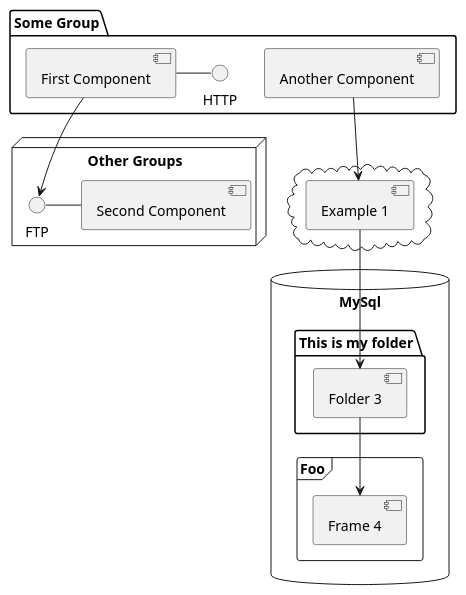
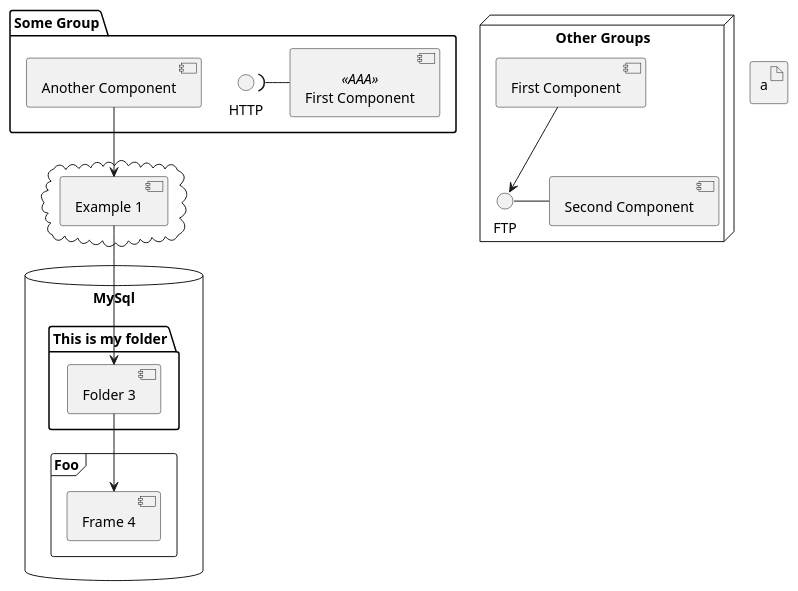
Before and after one commit to ForNeus57/Vimi: the diagram in documentation/diagrams/system.puml, drawn with PlantUML. The commit also changed 9 other files, not shown here.

Commit message:
Added UML 2.0. diagrams

```diff
--- a/documentation/diagrams/system.puml
+++ b/documentation/diagrams/system.puml
@@ -1,34 +1,37 @@
 @startuml
-'https://plantuml.com/component-diagram
 
+artifact a {
+
+}
 
 package "Some Group" {
-  HTTP - [First Component]
+  component "First Component" <<AAA>> as first
+  HTTP )- first
   [Another Component]
 }
 
 node "Other Groups" {
   FTP - [Second Component]
   [First Component] --> FTP
 }
 
 cloud {
   [Example 1]
 }
 
 
 database "MySql" {
   folder "This is my folder" {
     [Folder 3]
   }
   frame "Foo" {
     [Frame 4]
   }
 }
 
 
 [Another Component] --> [Example 1]
 [Example 1] --> [Folder 3]
 [Folder 3] --> [Frame 4]
 
 @enduml
```
